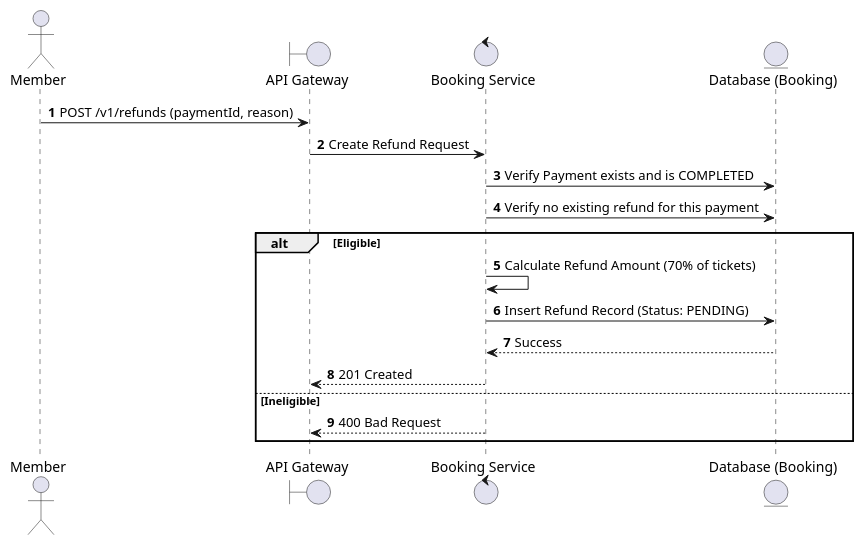
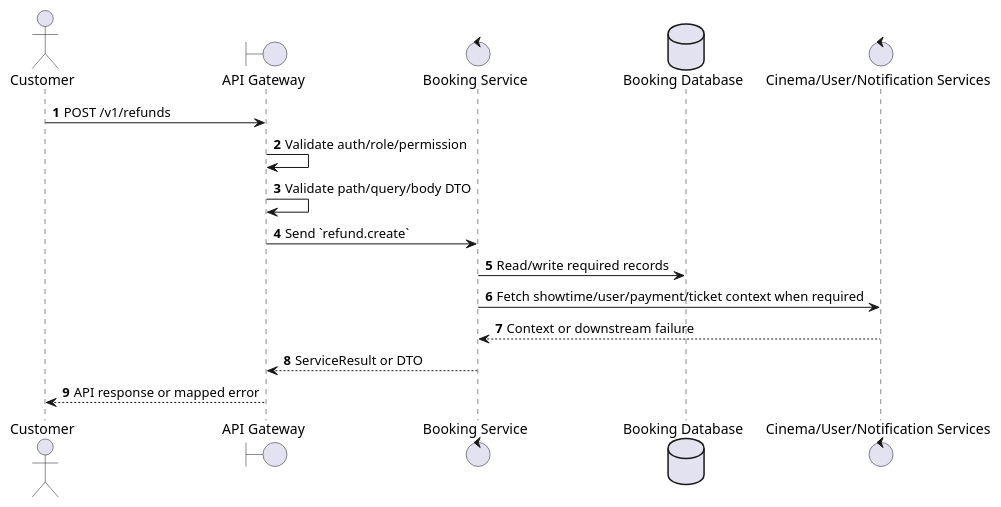
Before and after one commit to Tanh1603/movie-hub-architecture: the first of 2 diagrams in docs/functional_specs/3.8_Refund_Management_Module/RF-01_Create_Refund_Request.md, drawn with PlantUML. The commit also changed other lines of this file and 126 other files, not shown here.

````diff
--- a/docs/functional_specs/3.8_Refund_Management_Module/RF-01_Create_Refund_Request.md
+++ b/docs/functional_specs/3.8_Refund_Management_Module/RF-01_Create_Refund_Request.md
@@ -17,22 +17,20 @@
 ```plantuml
 @startuml
 autonumber
-actor Member
+actor "Customer" as Actor
 boundary "API Gateway" as GW
-control "Booking Service" as BS
-entity "Database (Booking)" as DB
+control "Booking Service" as SVC
+database "Booking Database" as DB
+control "Cinema/User/Notification Services" as EXT
 
-Member -> GW: POST /v1/refunds (paymentId, reason)
-GW -> BS: Create Refund Request
-BS -> DB: Verify Payment exists and is COMPLETED
-BS -> DB: Verify no existing refund for this payment
-alt Eligible
-    BS -> BS: Calculate Refund Amount (70% of tickets)
-    BS -> DB: Insert Refund Record (Status: PENDING)
-    DB --> BS: Success
-    BS --> GW: 201 Created
-else Ineligible
-    BS --> GW: 400 Bad Request
-end
+Actor -> GW: POST /v1/refunds
+GW -> GW: Validate auth/role/permission
+GW -> GW: Validate path/query/body DTO
+GW -> SVC: Send `refund.create`
+SVC -> DB: Read/write required records
+SVC -> EXT: Fetch showtime/user/payment/ticket context when required
+EXT --> SVC: Context or downstream failure
+SVC --> GW: ServiceResult or DTO
+GW --> Actor: API response or mapped error
 @enduml
 ```
````
